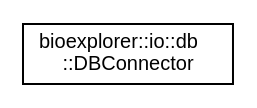
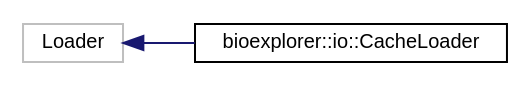
The diagram in docs/inherit_graph_61.dot (BlueBrain/BioExplorer), drawn with Graphviz before and after one commit. The commit also changed 377 other files, not shown here.

```diff
--- a/docs/inherit_graph_61.dot
+++ b/docs/inherit_graph_61.dot
@@ -1,8 +1,10 @@
 digraph "Graphical Class Hierarchy"
 {
  // LATEX_PDF_SIZE
   edge [fontname="Helvetica",fontsize="10",labelfontname="Helvetica",labelfontsize="10"];
   node [fontname="Helvetica",fontsize="10",shape=record];
   rankdir="LR";
-  Node0 [label="bioexplorer::io::db\l::DBConnector",height=0.2,width=0.4,color="black", fillcolor="white", style="filled",URL="$d9/d96/classbioexplorer_1_1io_1_1db_1_1DBConnector.html",tooltip="The DBConnector class allows the BioExplorer to communicate with a PostgreSQL database...."];
+  Node82 [label="Loader",height=0.2,width=0.4,color="grey75", fillcolor="white", style="filled",tooltip=" "];
+  Node82 -> Node0 [dir="back",color="midnightblue",fontsize="10",style="solid",fontname="Helvetica"];
+  Node0 [label="bioexplorer::io::CacheLoader",height=0.2,width=0.4,color="black", fillcolor="white", style="filled",URL="$d1/d5f/classbioexplorer_1_1io_1_1CacheLoader.html",tooltip=" "];
 }
```
